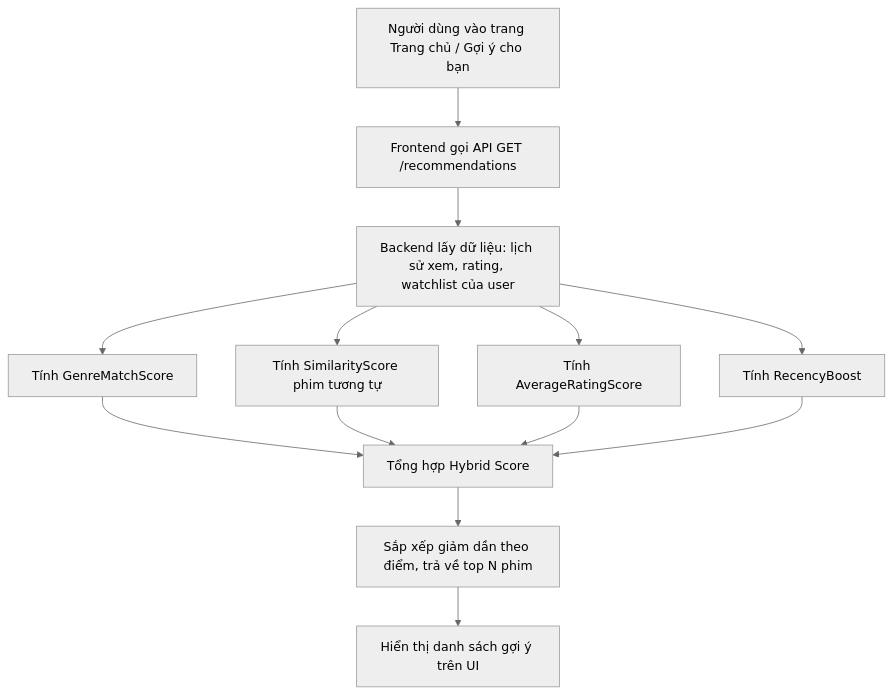
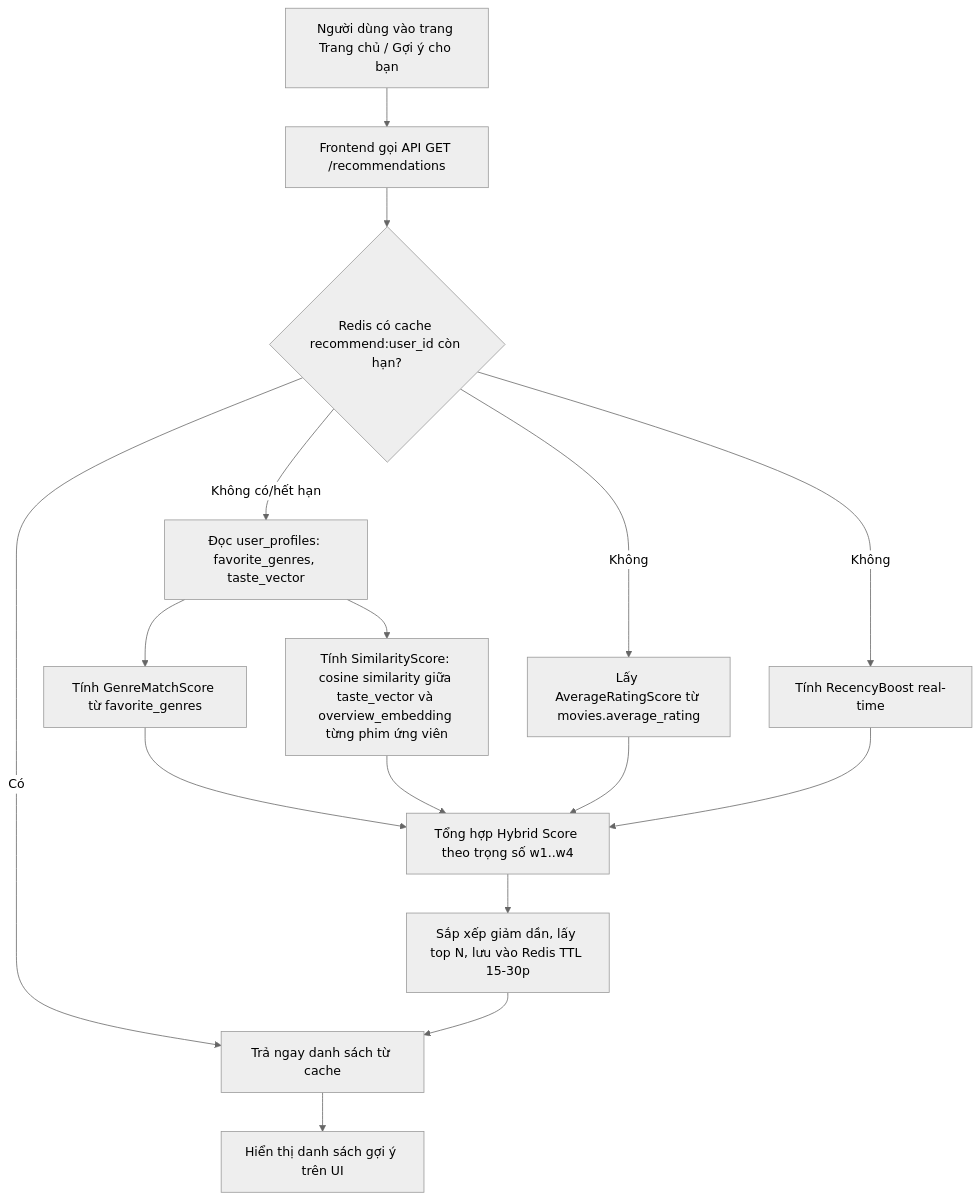
Before and after one commit to daoviet2/CineSense-System: the fourth of 7 diagrams in docs/LUONG_NGUOI_DUNG.md, drawn with Mermaid (neutral theme). The commit also changed other lines of this file and 18 other files, not shown here.

````diff
--- a/docs/LUONG_NGUOI_DUNG.md
+++ b/docs/LUONG_NGUOI_DUNG.md
@@ -66,15 +77,18 @@
 ```mermaid
 flowchart TD
     A[Người dùng vào trang Trang chủ / Gợi ý cho bạn] --> B[Frontend gọi API GET /recommendations]
-    B --> C[Backend lấy dữ liệu: lịch sử xem, rating, watchlist của user]
-    C --> D[Tính GenreMatchScore]
-    C --> E[Tính SimilarityScore phim tương tự]
-    C --> F[Tính AverageRatingScore]
-    C --> G[Tính RecencyBoost]
-    D --> H[Tổng hợp Hybrid Score]
-    E --> H
-    F --> H
-    G --> H
-    H --> I[Sắp xếp giảm dần theo điểm, trả về top N phim]
-    I --> J[Hiển thị danh sách gợi ý trên UI]
+    B --> C{Redis có cache recommend:user_id còn hạn?}
+    C -- Có --> D[Trả ngay danh sách từ cache]
+    C -- Không có/hết hạn --> E[Đọc user_profiles: favorite_genres, taste_vector]
+    E --> F[Tính GenreMatchScore từ favorite_genres]
+    E --> G[Tính SimilarityScore: cosine similarity giữa taste_vector và overview_embedding từng phim ứng viên]
+    C -- Không --> H[Lấy AverageRatingScore từ movies.average_rating]
+    C -- Không --> I[Tính RecencyBoost real-time]
+    F --> J[Tổng hợp Hybrid Score theo trọng số w1..w4]
+    G --> J
+    H --> J
+    I --> J
+    J --> K[Sắp xếp giảm dần, lấy top N, lưu vào Redis TTL 15-30p]
+    K --> D
+    D --> L[Hiển thị danh sách gợi ý trên UI]
 ```
````
